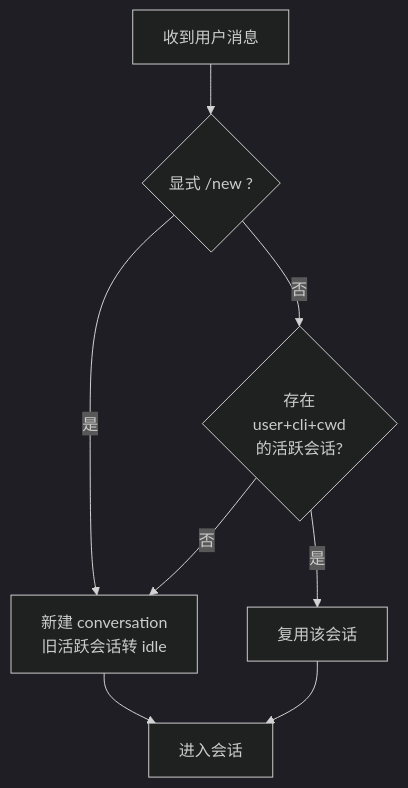
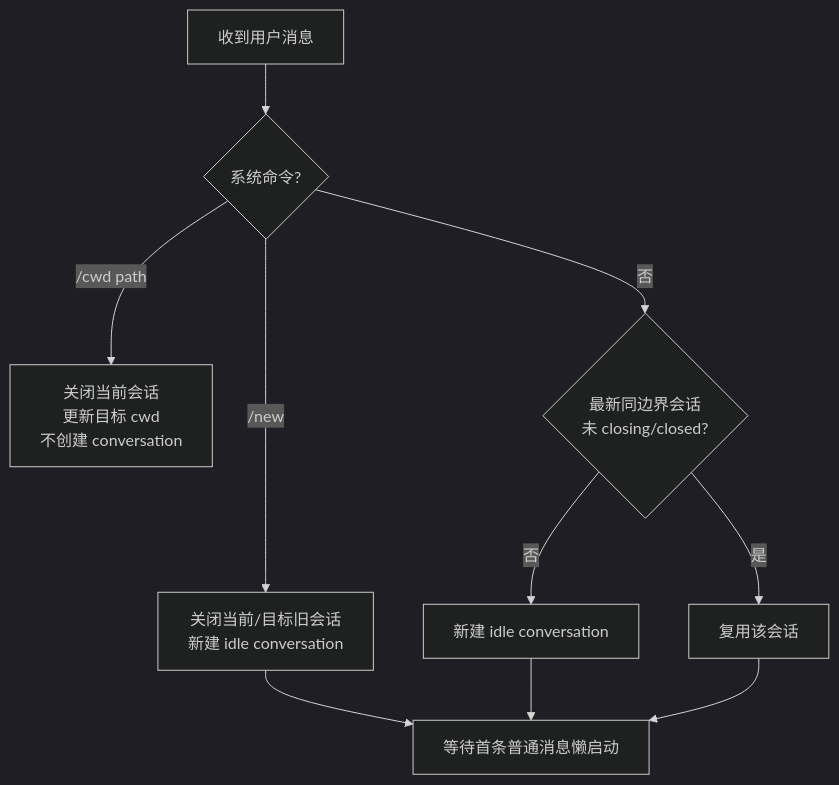
Before and after one commit to ygq-future/ai-cli-hub: the seventh of 15 diagrams in docs/02-Architecture.md, drawn with Mermaid (dark theme). The commit also changed other lines of this file and 9 other files, not shown here.

````diff
--- a/docs/02-Architecture.md
+++ b/docs/02-Architecture.md
@@ -348,10 +348,12 @@
 ```mermaid
 flowchart TD
-    MSG[收到用户消息] --> NEW{显式 /new ?}
-    NEW -->|是| CREATE[新建 conversation<br/>旧活跃会话转 idle]
-    NEW -->|否| FIND{存在<br/>user+cli+cwd<br/>的活跃会话?}
+    MSG[收到用户消息] --> CMD{系统命令?}
+    CMD -->|/cwd path| CLOSESET[关闭当前会话<br/>更新目标 cwd<br/>不创建 conversation]
+    CMD -->|/new| CLOSENEW[关闭当前/目标旧会话<br/>新建 idle conversation]
+    CMD -->|否| FIND{最新同边界会话<br/>未 closing/closed?}
     FIND -->|是| REUSE[复用该会话]
-    FIND -->|否| CREATE
-    CREATE --> RUN[进入会话]
+    FIND -->|否| CREATE[新建 idle conversation]
+    CLOSENEW --> RUN[等待首条普通消息懒启动]
+    CREATE --> RUN
     REUSE --> RUN
 ```
````
